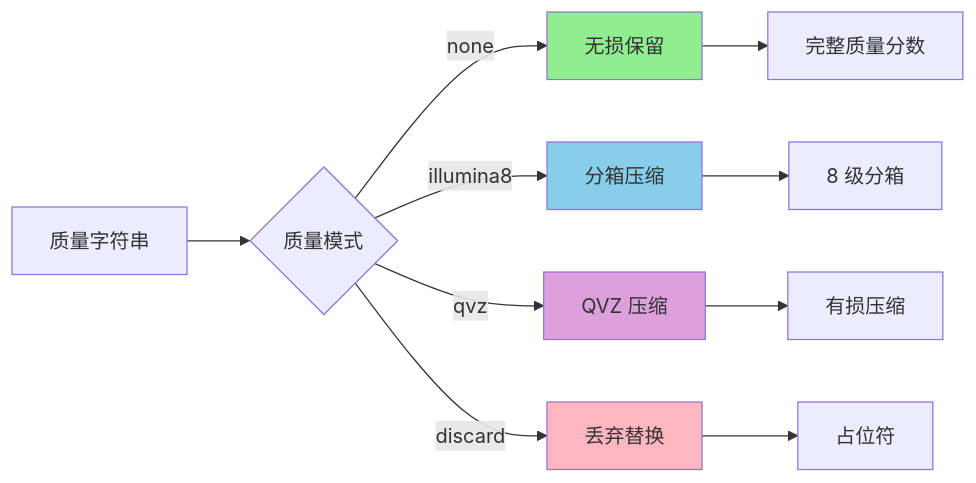
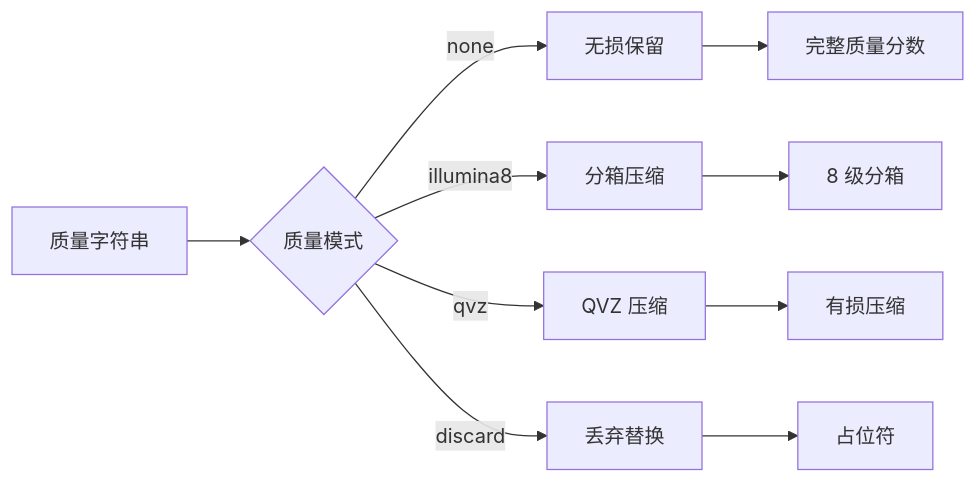
One commit to open-genomics/fq-compressor-rust changed the second of 4 diagrams in docs/zh/algorithms/index.md. Above: the diagram before and after it, drawn with Mermaid. The commit also changed other lines of this file and 23 other files, not shown here.

````diff
--- a/docs/zh/algorithms/index.md
+++ b/docs/zh/algorithms/index.md
@@ -41,19 +39,15 @@
 ```mermaid
 flowchart LR
     A[质量字符串] --> B{质量模式}
     
     B -->|none| C[无损保留]
     B -->|illumina8| D[分箱压缩]
     B -->|qvz| E[QVZ 压缩]
     B -->|discard| F[丢弃替换]
     
     C --> G[完整质量分数]
     D --> H[8 级分箱]
     E --> I[有损压缩]
     F --> J[占位符]
     
-    style C fill:#90EE90
-    style D fill:#87CEEB
-    style E fill:#DDA0DD
-    style F fill:#FFB6C1
 ```
````
